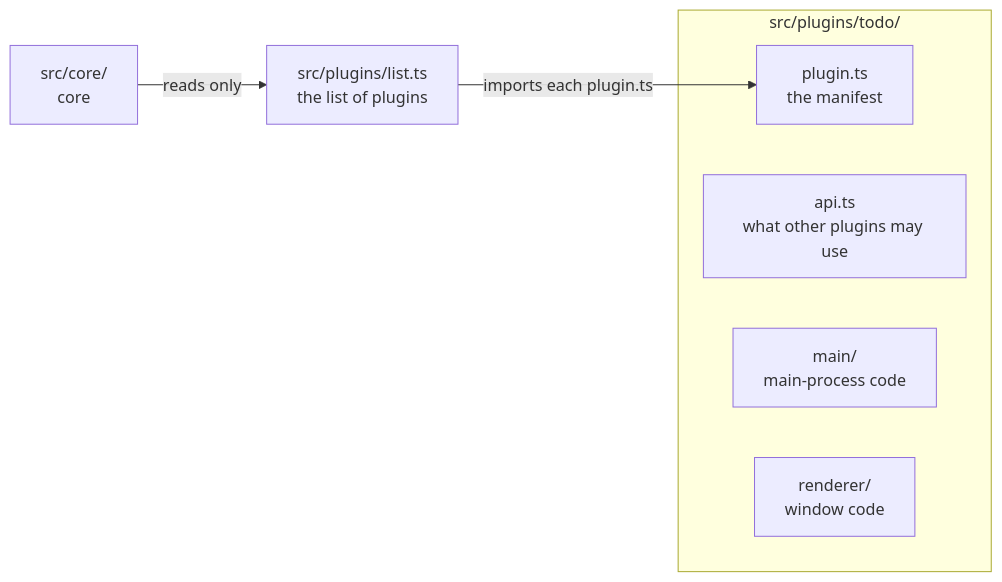
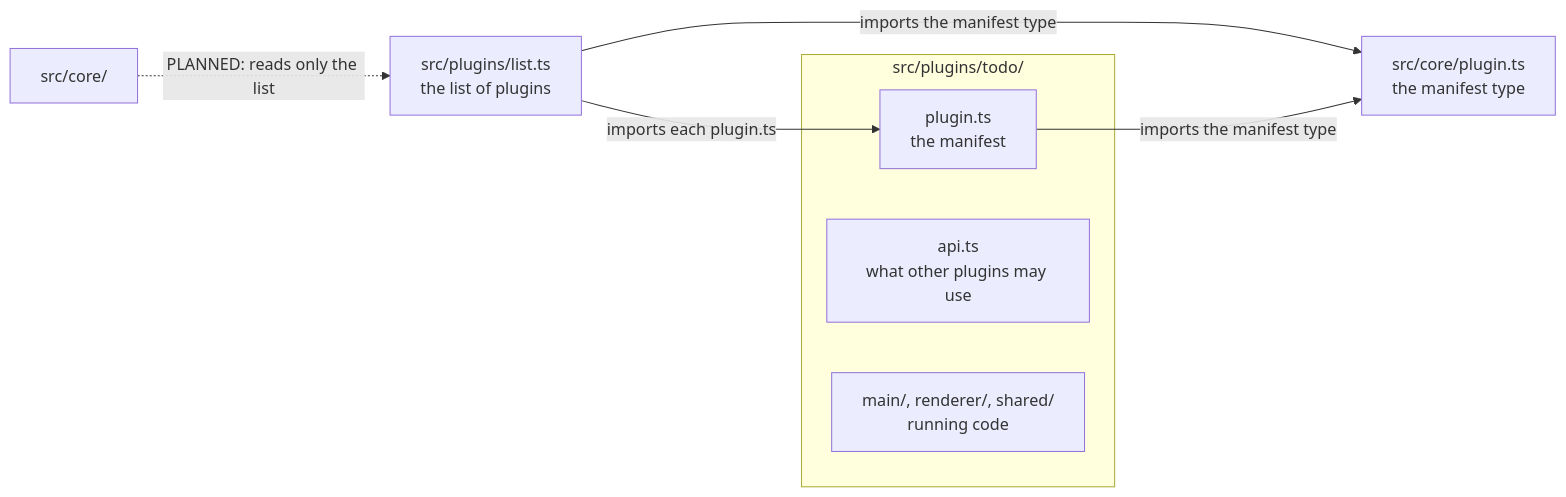
Before and after one commit to superkoh/koloft: the diagram in docs/plugin-format.md, drawn with Mermaid. The commit also changed other lines of this file, not shown here.

Commit message:
docs(plugins): plain words for outside readers, the eleven plugins, shared/, the planned core read drawn as planned

````diff
--- a/docs/plugin-format.md
+++ b/docs/plugin-format.md
@@ -50,11 +85,12 @@
 ```mermaid
 flowchart LR
   list["src/plugins/list.ts<br/>the list of plugins"] -->|imports each plugin.ts| manifest
+  list -->|imports the manifest type| coreType["src/core/plugin.ts<br/>the manifest type"]
+  manifest -->|imports the manifest type| coreType
   subgraph plugin["src/plugins/todo/"]
     manifest["plugin.ts<br/>the manifest"]
     api["api.ts<br/>what other plugins may use"]
-    main["main/<br/>main-process code"]
-    renderer["renderer/<br/>window code"]
+    code["main/, renderer/, shared/<br/>running code"]
   end
-  core["src/core/<br/>core"] -->|reads only| list
+  core["src/core/"] -.->|PLANNED: reads only the list| list
 ```
````
